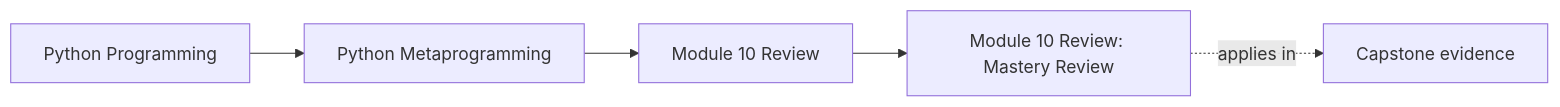
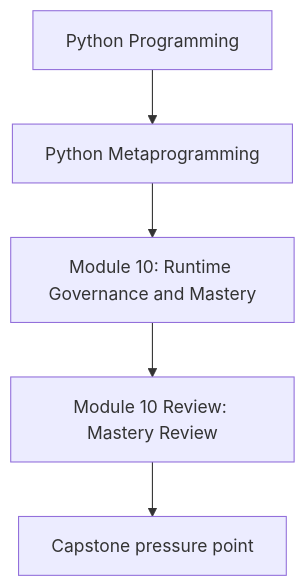
One commit to bijux/bijux-masterclass changed the first of 2 diagrams in programs/python-programming/python-meta-programming/course-book/module-10-runtime-governance-and-mastery/mastery-review.md. Above: the diagram before and after it, drawn with Mermaid. The commit also changed other lines of this file, not shown here.

Commit message:
docs(python-meta-programming): align concept page diagrams

````diff
--- a/programs/python-programming/python-meta-programming/course-book/module-10-runtime-governance-and-mastery/mastery-review.md
+++ b/programs/python-programming/python-meta-programming/course-book/module-10-runtime-governance-and-mastery/mastery-review.md
@@ -7,11 +7,7 @@
 ```mermaid
-graph LR
-  family["Python Programming"]
-  program["Python Metaprogramming"]
-  section["Module 10 Review"]
-  page["Module 10 Review: Mastery Review"]
-  capstone["Capstone evidence"]
-
-  family --> program --> section --> page
-  page -.applies in.-> capstone
+flowchart TD
+  family["Python Programming"] --> program["Python Metaprogramming"]
+  program --> module["Module 10: Runtime Governance and Mastery"]
+  module --> concept["Module 10 Review: Mastery Review"]
+  concept --> capstone["Capstone pressure point"]
 ```
````
